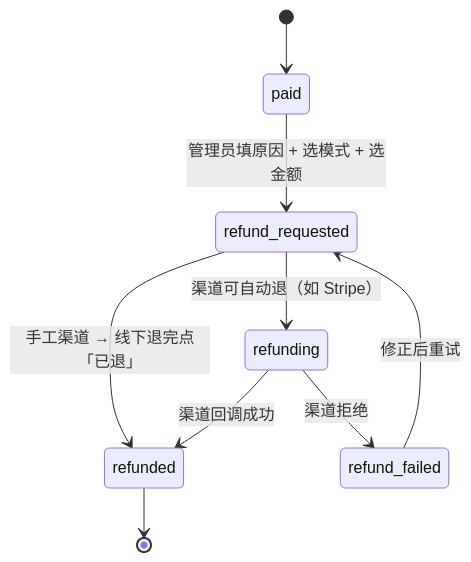
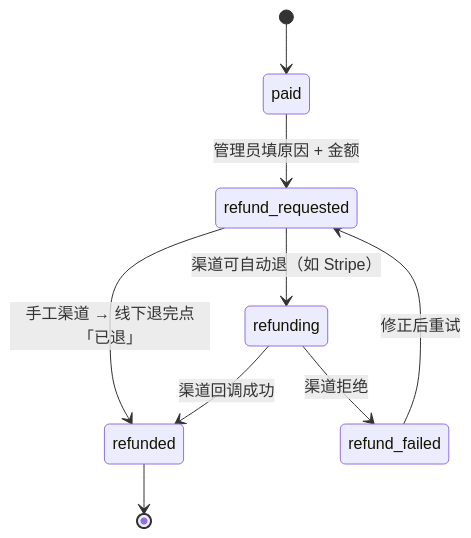
Before and after one commit to clever-vpn/clever-vpn-crm: the second of 2 diagrams in docs/domain.md, drawn with Mermaid. The commit also changed other lines of this file and 16 other files, not shown here.

````diff
--- a/docs/domain.md
+++ b/docs/domain.md
@@ -270,11 +292,11 @@
 ```mermaid
 stateDiagram-v2
   [*] --> paid
-  paid --> refund_requested: 管理员填原因 + 选模式 + 选金额
+  paid --> refund_requested: 管理员填原因 + 金额
   refund_requested --> refunding: 渠道可自动退（如 Stripe）
   refund_requested --> refunded: 手工渠道 → 线下退完点「已退」
   refunding --> refunded: 渠道回调成功
   refunding --> refund_failed: 渠道拒绝
   refund_failed --> refund_requested: 修正后重试
   refunded --> [*]
 ```
````
